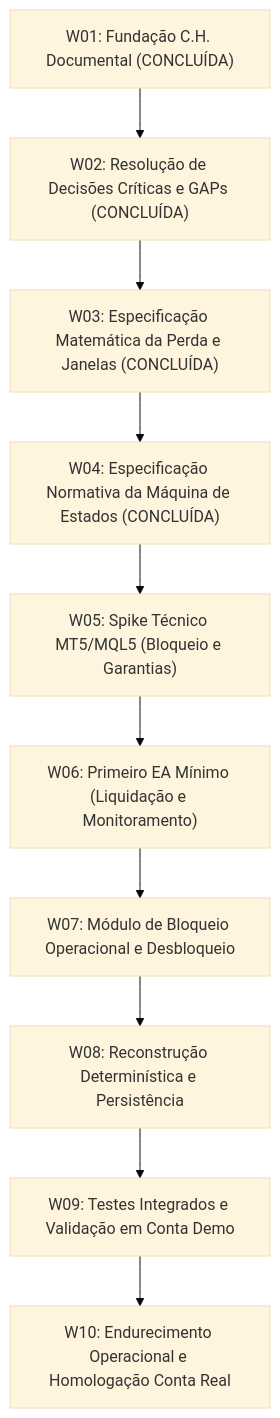
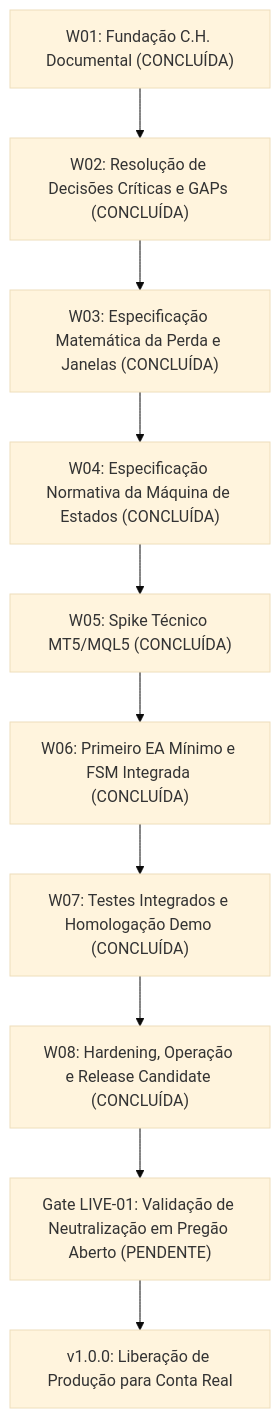
The diagram in docs/09-ROADMAP.md (hallanbrito/eddytrader), drawn with Mermaid (base theme) before and after one commit. The commit also changed other lines of this file and 12 other files, not shown here.

Commit message:
feat: prepare EddyTrader 1.0.0-rc1 release candidate

````diff
--- a/docs/09-ROADMAP.md
+++ b/docs/09-ROADMAP.md
@@ -9,12 +9,12 @@
 ```mermaid
 flowchart TD
     W01["W01: Fundação C.H. Documental (CONCLUÍDA)"] --> W02["W02: Resolução de Decisões Críticas e GAPs (CONCLUÍDA)"]
     W02 --> W03["W03: Especificação Matemática da Perda e Janelas (CONCLUÍDA)"]
     W03 --> W04["W04: Especificação Normativa da Máquina de Estados (CONCLUÍDA)"]
-    W04 --> W05["W05: Spike Técnico MT5/MQL5 (Bloqueio e Garantias)"]
-    W05 --> W06["W06: Primeiro EA Mínimo (Liquidação e Monitoramento)"]
-    W06 --> W07["W07: Módulo de Bloqueio Operacional e Desbloqueio"]
-    W07 --> W08["W08: Reconstrução Determinística e Persistência"]
-    W08 --> W09["W09: Testes Integrados e Validação em Conta Demo"]
-    W09 --> W10["W10: Endurecimento Operacional e Homologação Conta Real"]
+    W04 --> W05["W05: Spike Técnico MT5/MQL5 (CONCLUÍDA)"]
+    W05 --> W06["W06: Primeiro EA Mínimo e FSM Integrada (CONCLUÍDA)"]
+    W06 --> W07["W07: Testes Integrados e Homologação Demo (CONCLUÍDA)"]
+    W07 --> W08["W08: Hardening, Operação e Release Candidate (CONCLUÍDA)"]
+    W08 --> LIVE01["Gate LIVE-01: Validação de Neutralização em Pregão Aberto (PENDENTE)"]
+    LIVE01 --> V10["v1.0.0: Liberação de Produção para Conta Real"]
 ```
````
